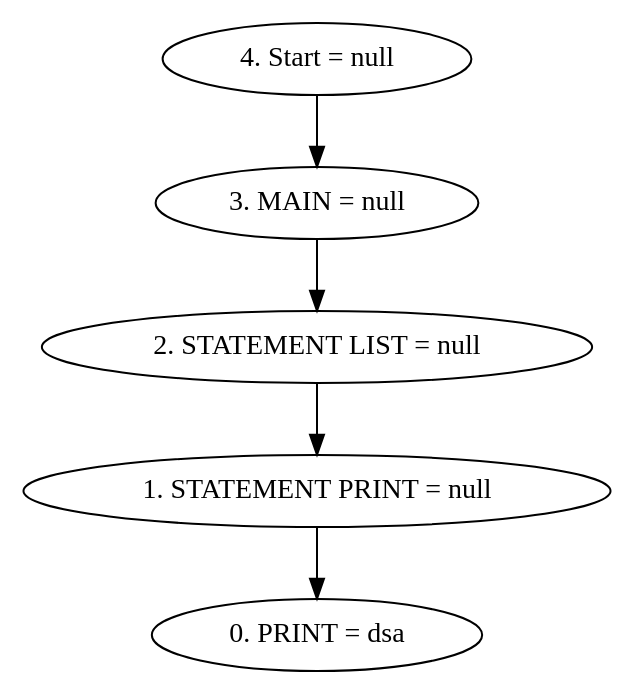
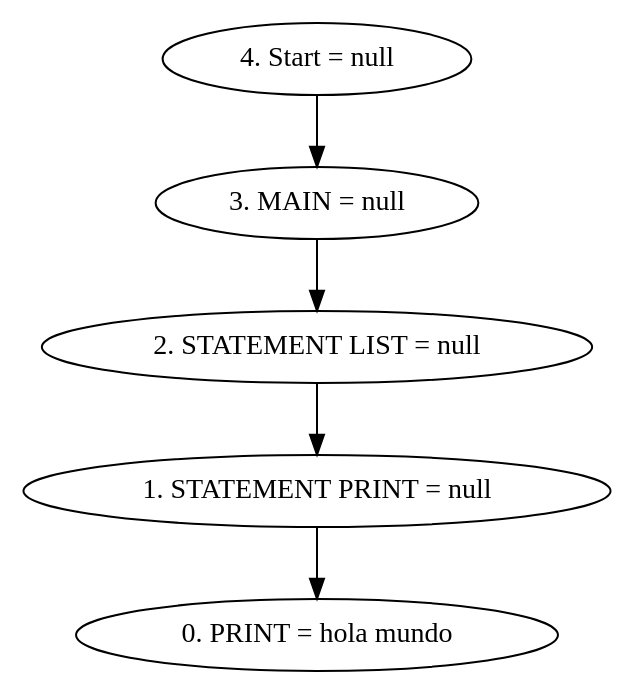
One commit to Andrew22674/compiladoresI changed the diagram in Proyecto_Compiladores/ASTfile.dot. Above: the diagram before and after it, drawn with Graphviz. The commit also changed 10 other files, not shown here.

```diff
--- a/Proyecto_Compiladores/ASTfile.dot
+++ b/Proyecto_Compiladores/ASTfile.dot
@@ -1,8 +1,8 @@
 digraph G {
 "4. Start = null"->"3. MAIN = null"
 "3. MAIN = null"->"2. STATEMENT LIST = null"
 "2. STATEMENT LIST = null"->"1. STATEMENT PRINT = null"
-"1. STATEMENT PRINT = null"->"0. PRINT = dsa"
+"1. STATEMENT PRINT = null"->"0. PRINT = hola mundo"
 
 
 }
```
